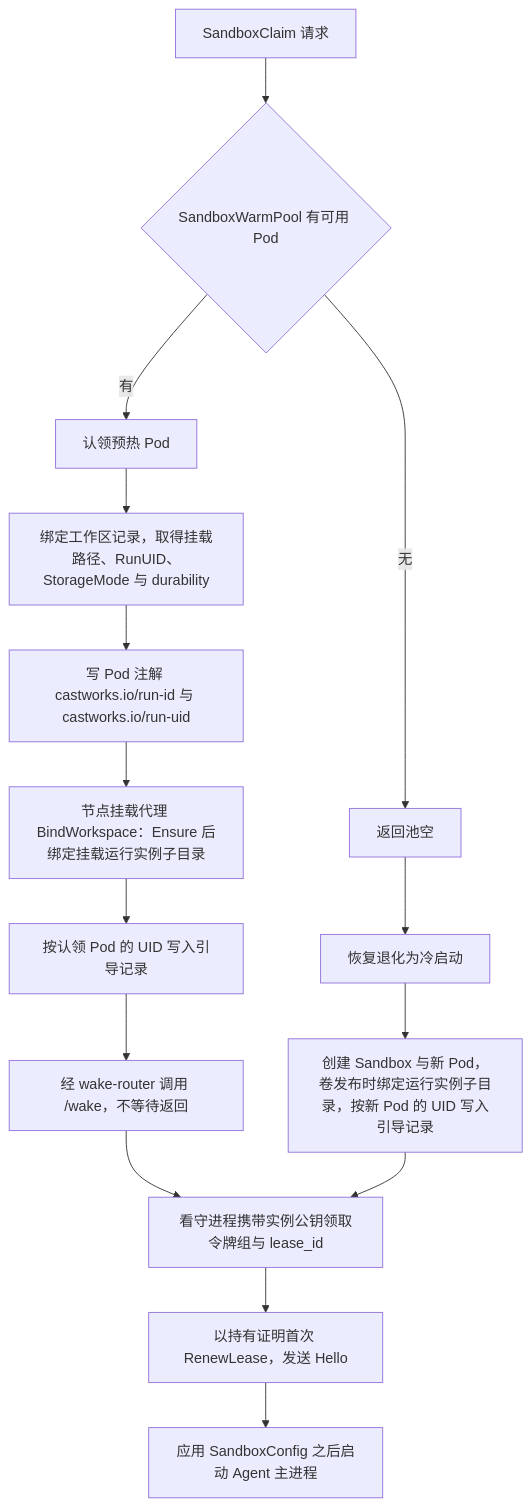
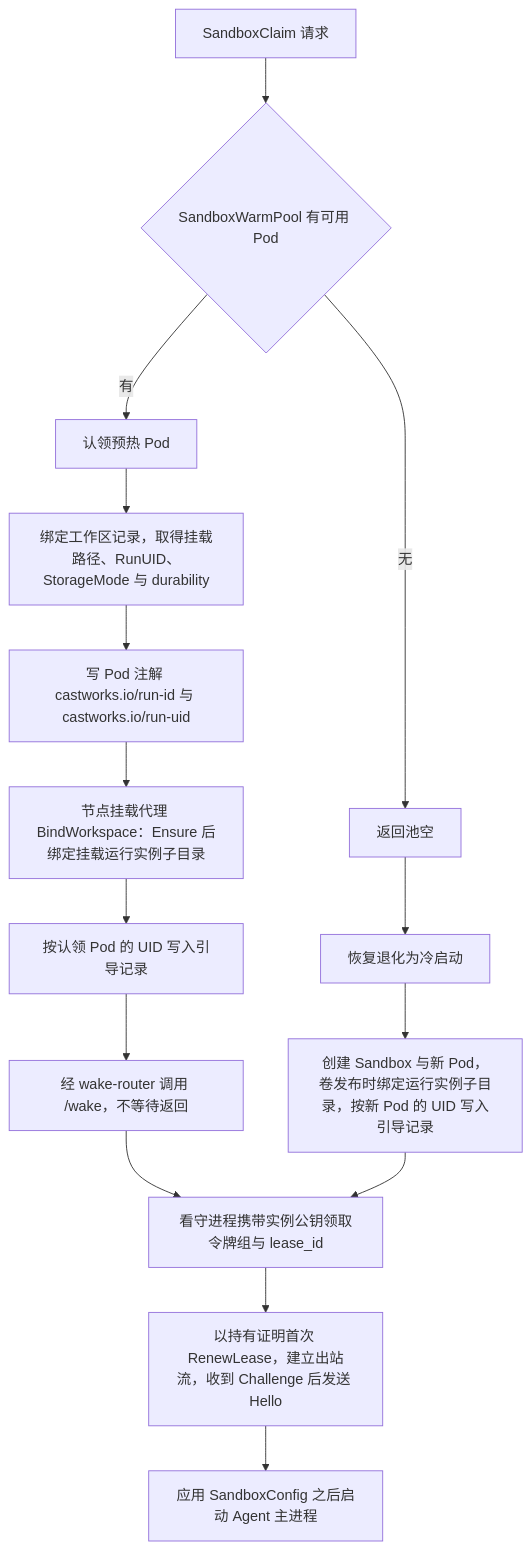
The fourth of 4 diagrams in docs/design/modules/sandboxprovider/design-sandboxprovider-k8s.md (wangzw/castworks), drawn with Mermaid before and after one commit. The commit also changed other lines of this file and 35 other files, not shown here.

````diff
--- a/docs/design/modules/sandboxprovider/design-sandboxprovider-k8s.md
+++ b/docs/design/modules/sandboxprovider/design-sandboxprovider-k8s.md
@@ -324,17 +332,17 @@
 ```mermaid
 flowchart TD
     A["SandboxClaim 请求"] --> B{"SandboxWarmPool 有可用 Pod"}
     B -->|"有"| C["认领预热 Pod"]
     C --> D["绑定工作区记录，取得挂载路径、RunUID、StorageMode 与 durability"]
     D --> D2["写 Pod 注解 castworks.io/run-id 与 castworks.io/run-uid"]
     D2 --> D3["节点挂载代理 BindWorkspace：Ensure 后绑定挂载运行实例子目录"]
     D3 --> E["按认领 Pod 的 UID 写入引导记录"]
     E --> F["经 wake-router 调用 /wake，不等待返回"]
     F --> J["看守进程携带实例公钥领取令牌组与 lease_id"]
     B -->|"无"| G["返回池空"]
     G --> H["恢复退化为冷启动"]
     H --> I["创建 Sandbox 与新 Pod，卷发布时绑定运行实例子目录，按新 Pod 的 UID 写入引导记录"]
     I --> J
-    J --> L["以持有证明首次 RenewLease，发送 Hello"]
+    J --> L["以持有证明首次 RenewLease，建立出站流，收到 Challenge 后发送 Hello"]
     L --> M["应用 SandboxConfig 之后启动 Agent 主进程"]
 ```
````
